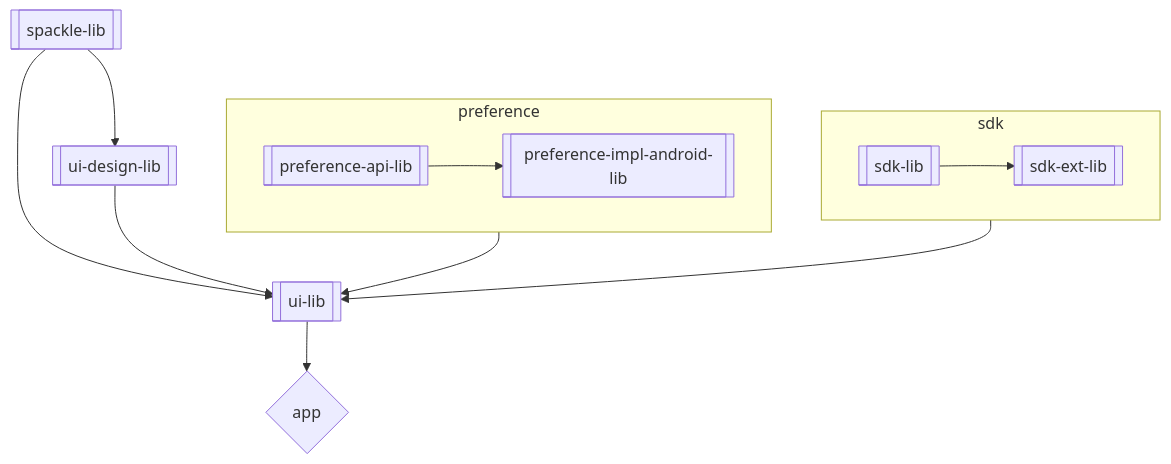
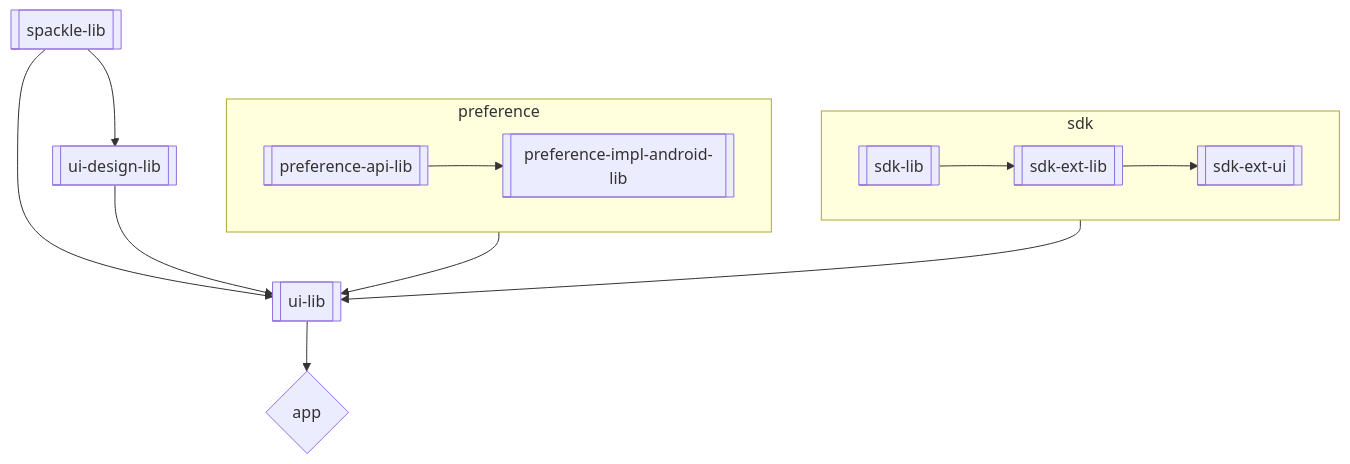
One commit to Electric-Coin-Company/zashi-android changed the diagram in docs/Architecture.md. Above: the diagram before and after it, drawn with Mermaid. The commit also changed other lines of this file, not shown here.

Commit message:
[#218] Prevent illegal input in ZEC Send/Request form
Architecture documentation update with the newly added sdk-ext-ui module.

````diff
--- a/docs/Architecture.md
+++ b/docs/Architecture.md
@@ -42,19 +43,20 @@
 ```mermaid
   flowchart TB;
       subgraph sdk
           sdkLib[[sdk-lib]];
           sdkExtLib[[sdk-ext-lib]];
+          sdkExtUI[[sdk-ext-ui]];
       end
-      sdkLib[[sdk-lib]] --> sdkExtLib[[sdk-ext-lib]];
+      sdkLib[[sdk-lib]] --> sdkExtLib[[sdk-ext-lib]] --> sdkExtUI[[sdk-ext-ui]];
       subgraph preference
           preference-api-lib[[preference-api-lib]];
           preference-impl-android-lib[[preference-impl-android-lib]];
       end
       preference-api-lib[[preference-api-lib]] --> preference-impl-android-lib[[preference-impl-android-lib]];
       preference --> ui-lib[[ui-lib]];
       sdk --> ui-lib[[ui-lib]];
       spackle-lib[[spackle-lib]] --> ui-design-lib[[ui-design-lib]];
       spackle-lib[[spackle-lib]] --> ui-lib[[ui-lib]];
       ui-design-lib[[ui-design-lib]] --> ui-lib[[ui-lib]];
       ui-lib[[ui-lib]] --> app{app};
 ```
````
